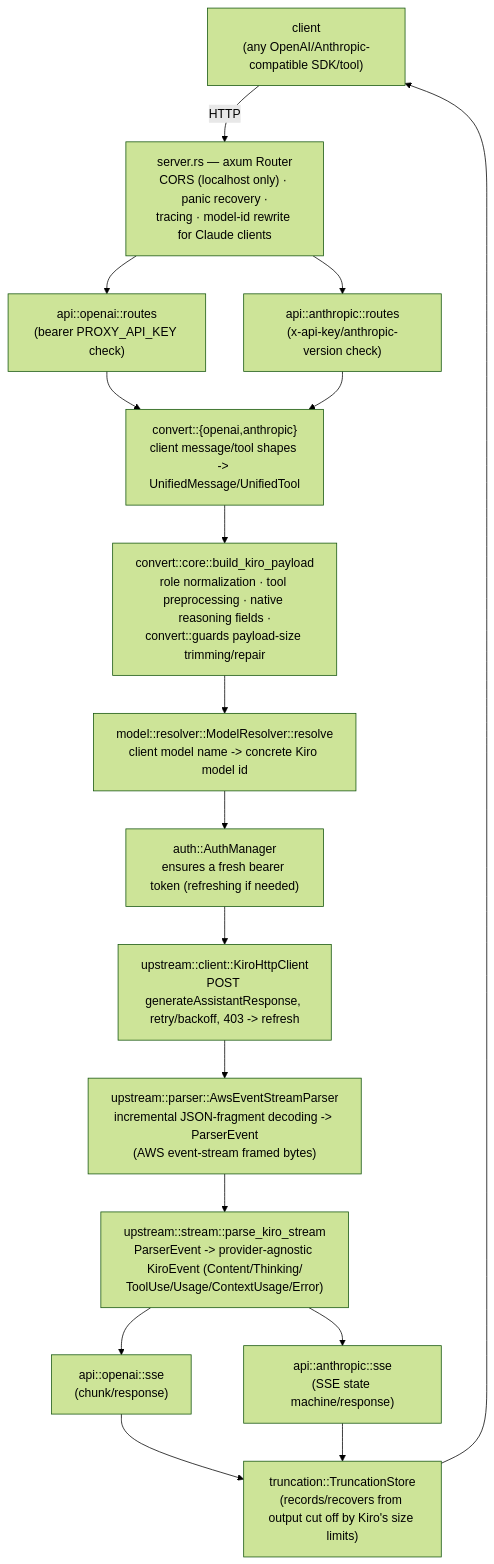
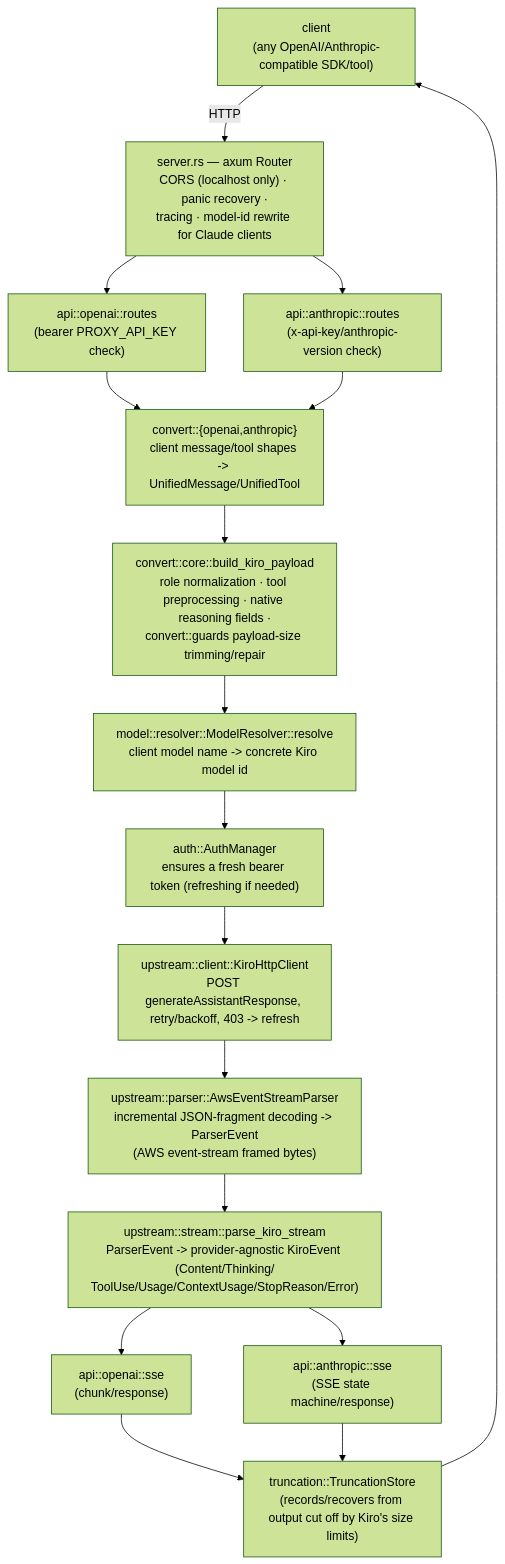
The second of 2 diagrams in docs/architecture.md (dennis0700/Lanius), drawn with Mermaid (forest theme) before and after one commit. The commit also changed 45 other files, not shown here.

First line of the commit message:
feat(upstream): match the Kiro CLI 3.5.0 V3 agent protocol

````diff
--- a/docs/architecture.md
+++ b/docs/architecture.md
@@ -99,34 +99,34 @@
 ```mermaid
 flowchart TD
     client["client<br/>(any OpenAI/Anthropic-compatible SDK/tool)"]
     server_router["server.rs — axum Router<br/>CORS (localhost only) · panic recovery ·<br/>tracing · model-id rewrite for Claude clients"]
     openai_routes["api::openai::routes<br/>(bearer PROXY_API_KEY check)"]
     anthropic_routes["api::anthropic::routes<br/>(x-api-key/anthropic-version check)"]
     convert_adapters["convert::{openai,anthropic}<br/>client message/tool shapes -&gt; UnifiedMessage/UnifiedTool"]
     build_payload["convert::core::build_kiro_payload<br/>role normalization · tool preprocessing · native reasoning fields ·<br/>convert::guards payload-size trimming/repair"]
     resolver["model::resolver::ModelResolver::resolve<br/>client model name -&gt; concrete Kiro model id"]
     auth_manager["auth::AuthManager<br/>ensures a fresh bearer token (refreshing if needed)"]
     kiro_client["upstream::client::KiroHttpClient<br/>POST generateAssistantResponse, retry/backoff, 403 -&gt; refresh"]
     aws_parser["upstream::parser::AwsEventStreamParser<br/>incremental JSON-fragment decoding -&gt; ParserEvent<br/>(AWS event-stream framed bytes)"]
-    kiro_stream["upstream::stream::parse_kiro_stream<br/>ParserEvent -&gt; provider-agnostic KiroEvent (Content/Thinking/<br/>ToolUse/Usage/ContextUsage/Error)"]
+    kiro_stream["upstream::stream::parse_kiro_stream<br/>ParserEvent -&gt; provider-agnostic KiroEvent (Content/Thinking/<br/>ToolUse/Usage/ContextUsage/StopReason/Error)"]
     openai_sse["api::openai::sse<br/>(chunk/response)"]
     anthropic_sse["api::anthropic::sse<br/>(SSE state machine/response)"]
     truncation_store["truncation::TruncationStore<br/>(records/recovers from output cut off by Kiro's size limits)"]
 
     client -->|HTTP| server_router
     server_router --> openai_routes
     server_router --> anthropic_routes
     openai_routes --> convert_adapters
     anthropic_routes --> convert_adapters
     convert_adapters --> build_payload
     build_payload --> resolver
     resolver --> auth_manager
     auth_manager --> kiro_client
     kiro_client --> aws_parser
     aws_parser --> kiro_stream
     kiro_stream --> openai_sse
     kiro_stream --> anthropic_sse
     openai_sse --> truncation_store
     anthropic_sse --> truncation_store
     truncation_store --> client
 ```
````
